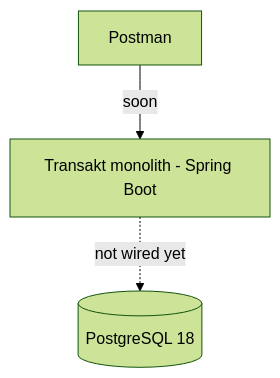
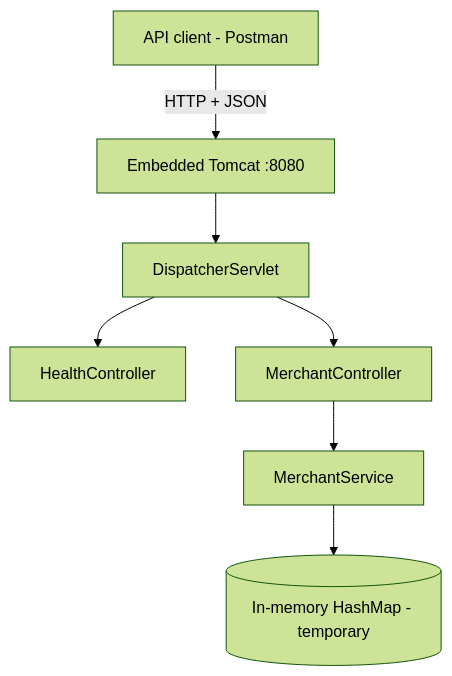
Before and after one commit to ARV0007/transakt: the diagram in docs/architecture.md, drawn with Mermaid (forest theme). The commit also changed other lines of this file and 3 other files, not shown here.

Commit message:
docs: day 2-3 notes, worklog and architecture v0.3

`````diff
--- a/docs/architecture.md
+++ b/docs/architecture.md
@@ -5,5 +5,10 @@
-```mermaid
+````mermaid
 flowchart TD
-  client[Postman] -->|soon| app[Transakt monolith - Spring Boot]
-  app -.->|not wired yet| db[(PostgreSQL 18)]
-```
+  client[API client - Postman]
+  client -->|HTTP + JSON| tomcat[Embedded Tomcat :8080]
+  tomcat --> dispatcher[DispatcherServlet]
+  dispatcher --> health[HealthController]
+  dispatcher --> mc[MerchantController]
+  mc --> ms[MerchantService]
+  ms --> store[(In-memory HashMap - temporary)]
+````
`````
